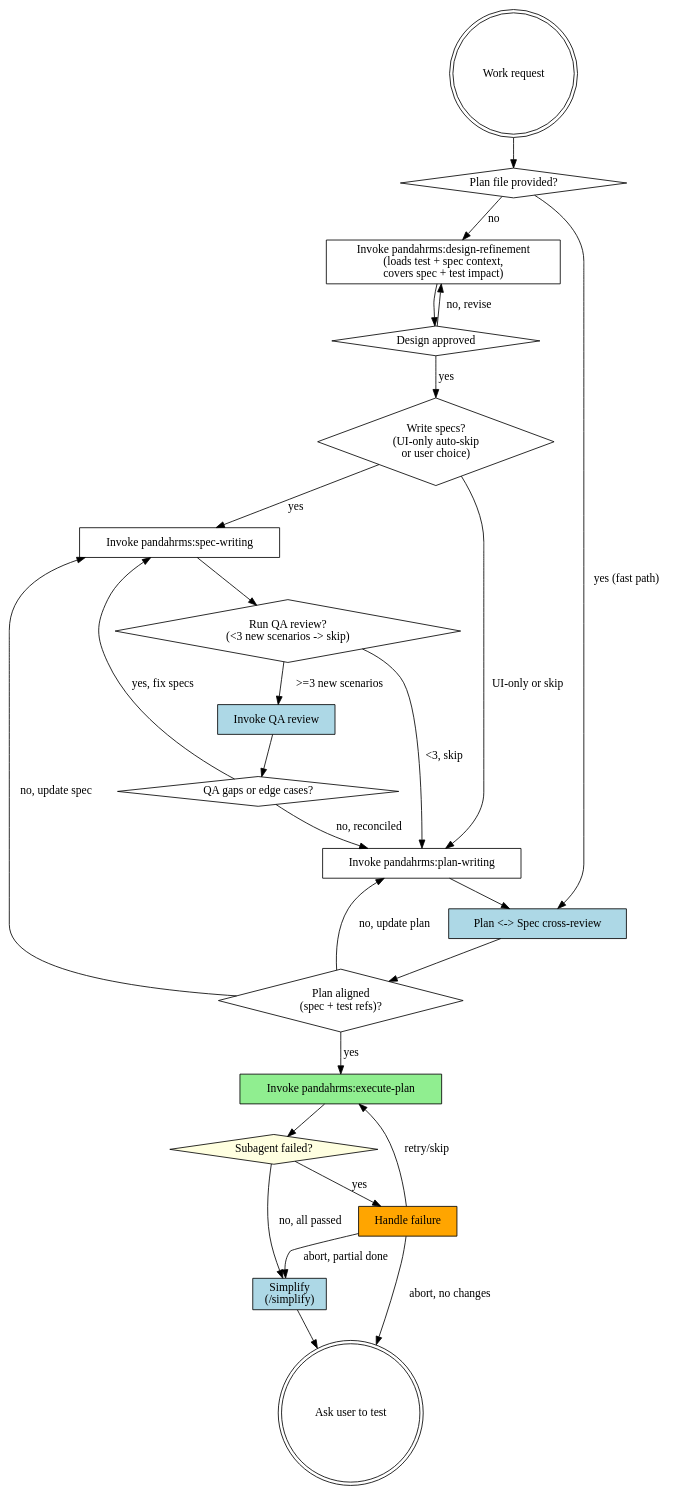
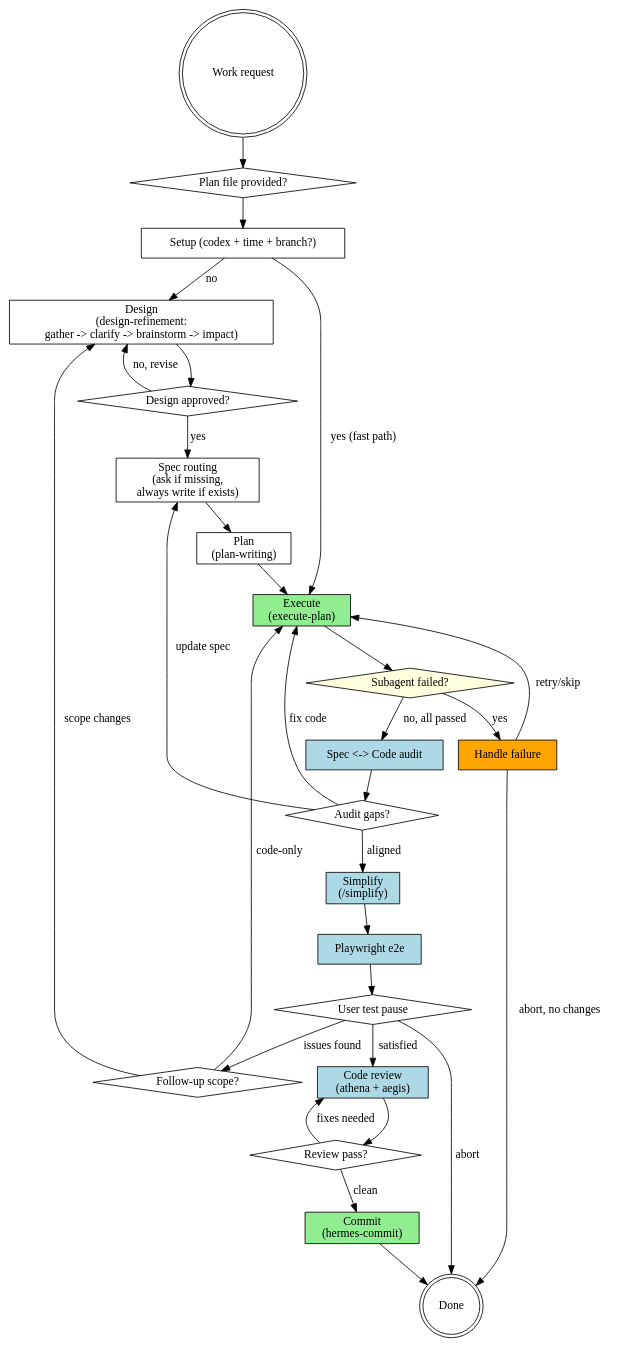
The diagram in skills/atlas-pipeline-orchestrator/SKILL.md (pandaworks-software-plt/pandahrms-skills), drawn with Graphviz before and after one commit. The commit also changed other lines of this file and 3 other files, not shown here.

````diff
--- a/skills/atlas-pipeline-orchestrator/SKILL.md
+++ b/skills/atlas-pipeline-orchestrator/SKILL.md
@@ -193,48 +206,54 @@
 ```dot
 digraph atlas_pipeline {
     "Work request" [shape=doublecircle];
     "Plan file provided?" [shape=diamond];
-    "Invoke pandahrms:design-refinement\n(loads test + spec context,\ncovers spec + test impact)" [shape=box];
-    "Design approved" [shape=diamond];
-    "Write specs?\n(UI-only auto-skip\nor user choice)" [shape=diamond];
-    "Invoke pandahrms:spec-writing" [shape=box];
-    "Run QA review?\n(<3 new scenarios -> skip)" [shape=diamond];
-    "Invoke QA review" [shape=box, style=filled, fillcolor=lightblue];
-    "QA gaps or edge cases?" [shape=diamond];
-    "Invoke pandahrms:plan-writing" [shape=box];
-    "Plan <-> Spec cross-review" [shape=box, style=filled, fillcolor=lightblue];
-    "Plan aligned\n(spec + test refs)?" [shape=diamond];
-    "Invoke pandahrms:execute-plan" [shape=box, style=filled, fillcolor=lightgreen];
+    "Setup (codex + time + branch?)" [shape=box];
+    "Design\n(design-refinement:\ngather -> clarify -> brainstorm -> impact)" [shape=box];
+    "Design approved?" [shape=diamond];
+    "Spec routing\n(ask if missing,\nalways write if exists)" [shape=box];
+    "Plan\n(plan-writing)" [shape=box];
+    "Execute\n(execute-plan)" [shape=box, style=filled, fillcolor=lightgreen];
     "Subagent failed?" [shape=diamond, style=filled, fillcolor=lightyellow];
     "Handle failure" [shape=box, style=filled, fillcolor=orange];
+    "Spec <-> Code audit" [shape=box, style=filled, fillcolor=lightblue];
+    "Audit gaps?" [shape=diamond];
     "Simplify\n(/simplify)" [shape=box, style=filled, fillcolor=lightblue];
-    "Ask user to test" [shape=doublecircle];
+    "Playwright e2e" [shape=box, style=filled, fillcolor=lightblue];
+    "User test pause" [shape=diamond];
+    "Follow-up scope?" [shape=diamond];
+    "Code review\n(athena + aegis)" [shape=box, style=filled, fillcolor=lightblue];
+    "Review pass?" [shape=diamond];
+    "Commit\n(hermes-commit)" [shape=box, style=filled, fillcolor=lightgreen];
+    "Done" [shape=doublecircle];
 
     "Work request" -> "Plan file provided?";
-    "Plan file provided?" -> "Plan <-> Spec cross-review" [label="yes (fast path)"];
-    "Plan file provided?" -> "Invoke pandahrms:design-refinement\n(loads test + spec context,\ncovers spec + test impact)" [label="no"];
-    "Invoke pandahrms:design-refinement\n(loads test + spec context,\ncovers spec + test impact)" -> "Design approved";
-    "Design approved" -> "Invoke pandahrms:design-refinement\n(loads test + spec context,\ncovers spec + test impact)" [label="no, revise"];
-    "Design approved" -> "Write specs?\n(UI-only auto-skip\nor user choice)" [label="yes"];
-    "Write specs?\n(UI-only auto-skip\nor user choice)" -> "Invoke pandahrms:spec-writing" [label="yes"];
-    "Write specs?\n(UI-only auto-skip\nor user choice)" -> "Invoke pandahrms:plan-writing" [label="UI-only or skip"];
-    "Invoke pandahrms:spec-writing" -> "Run QA review?\n(<3 new scenarios -> skip)";
-    "Run QA review?\n(<3 new scenarios -> skip)" -> "Invoke QA review" [label=">=3 new scenarios"];
-    "Run QA review?\n(<3 new scenarios -> skip)" -> "Invoke pandahrms:plan-writing" [label="<3, skip"];
-    "Invoke QA review" -> "QA gaps or edge cases?";
-    "QA gaps or edge cases?" -> "Invoke pandahrms:spec-writing" [label="yes, fix specs"];
-    "QA gaps or edge cases?" -> "Invoke pandahrms:plan-writing" [label="no, reconciled"];
-    "Invoke pandahrms:plan-writing" -> "Plan <-> Spec cross-review";
-    "Plan <-> Spec cross-review" -> "Plan aligned\n(spec + test refs)?";
-    "Plan aligned\n(spec + test refs)?" -> "Invoke pandahrms:plan-writing" [label="no, update plan"];
-    "Plan aligned\n(spec + test refs)?" -> "Invoke pandahrms:spec-writing" [label="no, update spec"];
-    "Plan aligned\n(spec + test refs)?" -> "Invoke pandahrms:execute-plan" [label="yes"];
-    "Invoke pandahrms:execute-plan" -> "Subagent failed?";
+    "Plan file provided?" -> "Setup (codex + time + branch?)";
+    "Setup (codex + time + branch?)" -> "Execute\n(execute-plan)" [label="yes (fast path)"];
+    "Setup (codex + time + branch?)" -> "Design\n(design-refinement:\ngather -> clarify -> brainstorm -> impact)" [label="no"];
+    "Design\n(design-refinement:\ngather -> clarify -> brainstorm -> impact)" -> "Design approved?";
+    "Design approved?" -> "Design\n(design-refinement:\ngather -> clarify -> brainstorm -> impact)" [label="no, revise"];
+    "Design approved?" -> "Spec routing\n(ask if missing,\nalways write if exists)" [label="yes"];
+    "Spec routing\n(ask if missing,\nalways write if exists)" -> "Plan\n(plan-writing)";
+    "Plan\n(plan-writing)" -> "Execute\n(execute-plan)";
+    "Execute\n(execute-plan)" -> "Subagent failed?";
     "Subagent failed?" -> "Handle failure" [label="yes"];
-    "Handle failure" -> "Invoke pandahrms:execute-plan" [label="retry/skip"];
-    "Handle failure" -> "Ask user to test" [label="abort, no changes"];
-    "Handle failure" -> "Simplify\n(/simplify)" [label="abort, partial done"];
-    "Subagent failed?" -> "Simplify\n(/simplify)" [label="no, all passed"];
-    "Simplify\n(/simplify)" -> "Ask user to test";
+    "Handle failure" -> "Execute\n(execute-plan)" [label="retry/skip"];
+    "Handle failure" -> "Done" [label="abort, no changes"];
+    "Subagent failed?" -> "Spec <-> Code audit" [label="no, all passed"];
+    "Spec <-> Code audit" -> "Audit gaps?";
+    "Audit gaps?" -> "Execute\n(execute-plan)" [label="fix code"];
+    "Audit gaps?" -> "Spec routing\n(ask if missing,\nalways write if exists)" [label="update spec"];
+    "Audit gaps?" -> "Simplify\n(/simplify)" [label="aligned"];
+    "Simplify\n(/simplify)" -> "Playwright e2e";
+    "Playwright e2e" -> "User test pause";
+    "User test pause" -> "Follow-up scope?" [label="issues found"];
+    "Follow-up scope?" -> "Design\n(design-refinement:\ngather -> clarify -> brainstorm -> impact)" [label="scope changes"];
+    "Follow-up scope?" -> "Execute\n(execute-plan)" [label="code-only"];
+    "User test pause" -> "Code review\n(athena + aegis)" [label="satisfied"];
+    "User test pause" -> "Done" [label="abort"];
+    "Code review\n(athena + aegis)" -> "Review pass?";
+    "Review pass?" -> "Code review\n(athena + aegis)" [label="fixes needed"];
+    "Review pass?" -> "Commit\n(hermes-commit)" [label="clean"];
+    "Commit\n(hermes-commit)" -> "Done";
 }
 ```
````
